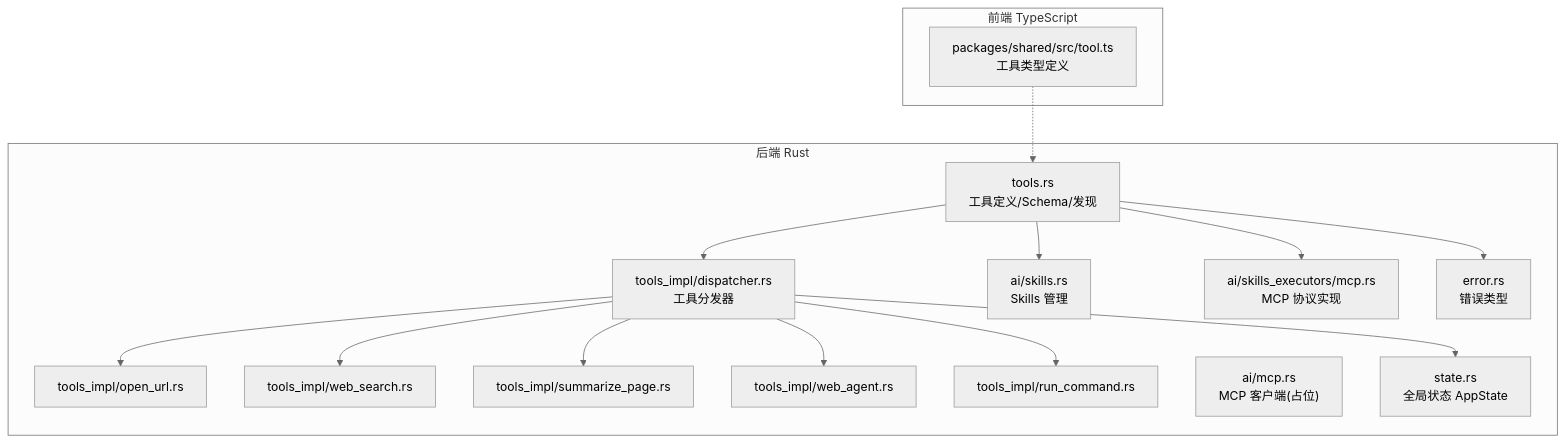
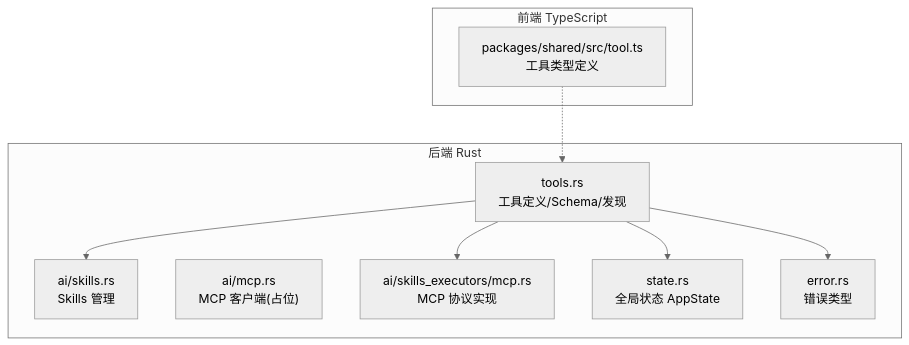
The first of 5 diagrams in .qoder/repowiki/zh/content/AI 代理系统/工具调度器.md (baike08/cosurf), drawn with Mermaid (neutral theme) before and after one commit. The commit also changed other lines of this file and 15 other files, not shown here.

````diff
--- a/.qoder/repowiki/zh/content/AI 代理系统/工具调度器.md
+++ b/.qoder/repowiki/zh/content/AI 代理系统/工具调度器.md
@@ -48,31 +48,19 @@
 ```mermaid
 graph TB
 subgraph "后端 Rust"
 A["tools.rs<br/>工具定义/Schema/发现"]
-B["tools_impl/dispatcher.rs<br/>工具分发器"]
-C1["tools_impl/open_url.rs"]
-C2["tools_impl/web_search.rs"]
-C3["tools_impl/summarize_page.rs"]
-C4["tools_impl/web_agent.rs"]
-C5["tools_impl/run_command.rs"]
 D["ai/skills.rs<br/>Skills 管理"]
 E["ai/mcp.rs<br/>MCP 客户端(占位)"]
 F["ai/skills_executors/mcp.rs<br/>MCP 协议实现"]
 G["state.rs<br/>全局状态 AppState"]
 H["error.rs<br/>错误类型"]
 end
 subgraph "前端 TypeScript"
 T["packages/shared/src/tool.ts<br/>工具类型定义"]
 end
-A --> B
-B --> C1
-B --> C2
-B --> C3
-B --> C4
-B --> C5
 A --> D
 A --> F
-B --> G
+A --> G
 A --> H
 T -.-> A
 ```
````
